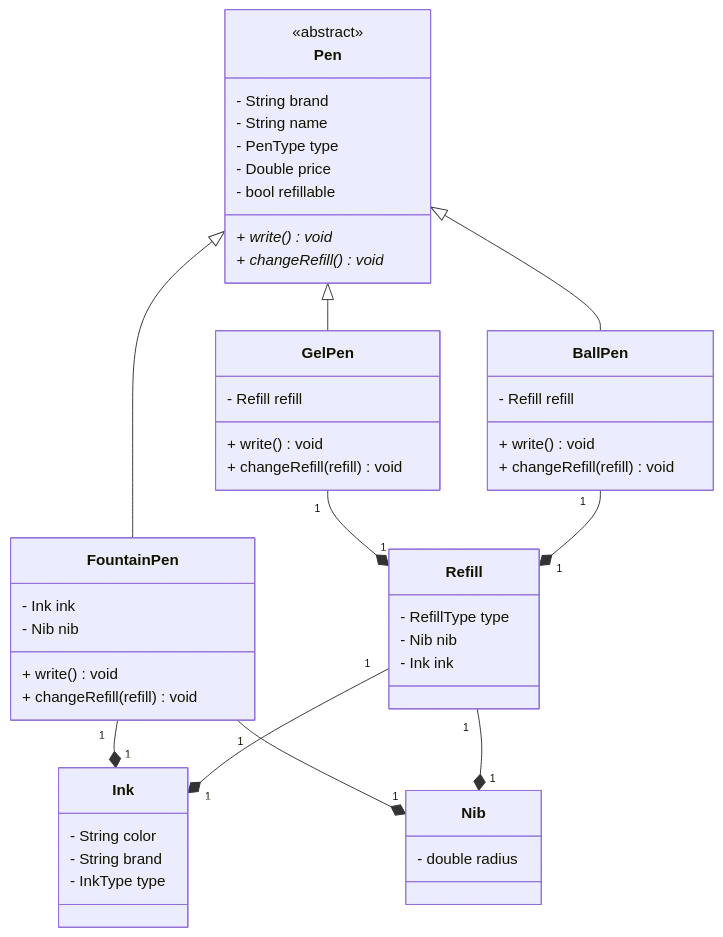
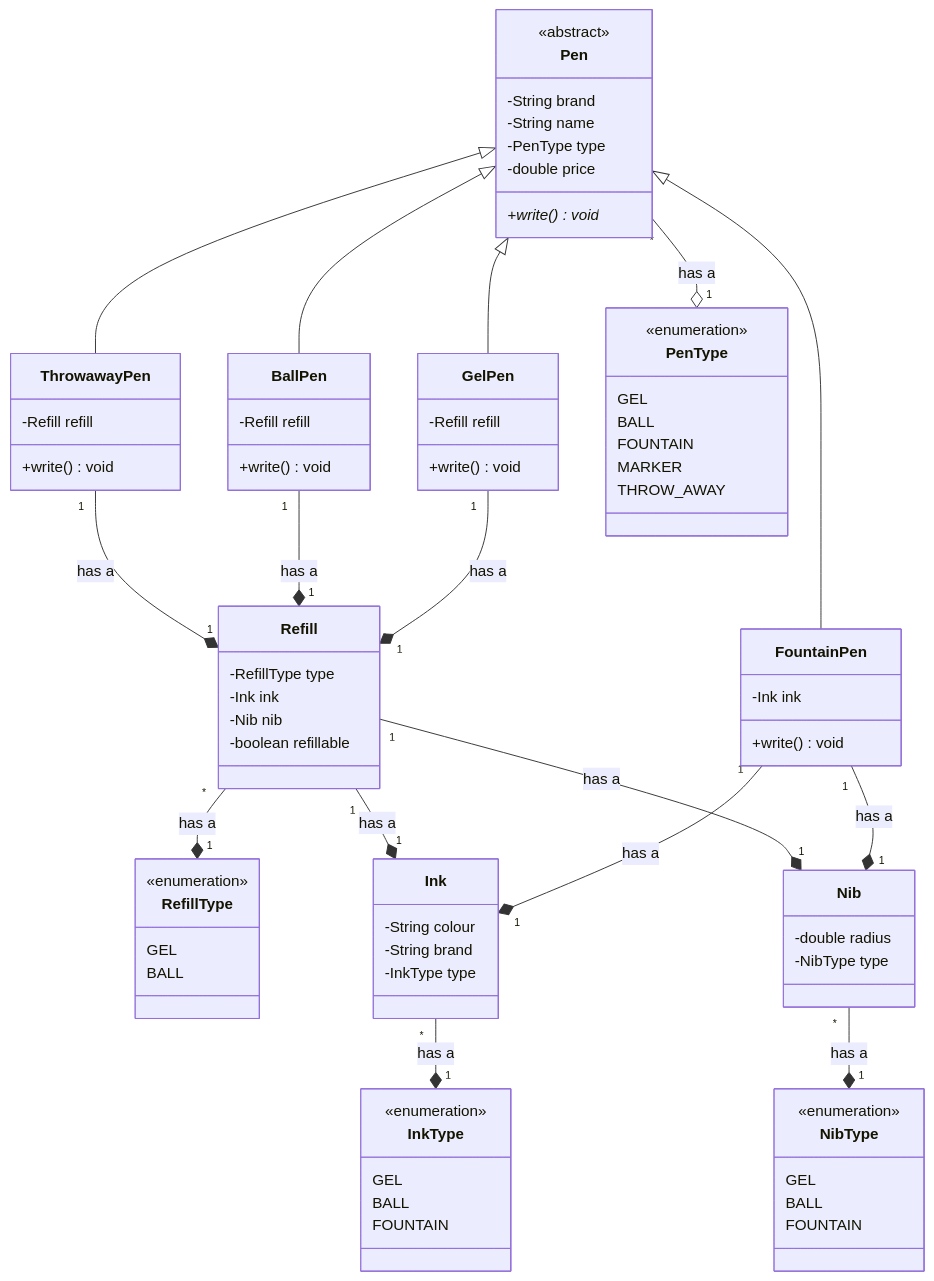
Before and after one commit to akashfit2max/low.level.design: the second of 5 diagrams in src/main/java/com/akash/low/level/design/case_studies/pen/pen.md, drawn with Mermaid. The commit also changed other lines of this file and 10 other files, not shown here.

````diff
--- a/src/main/java/com/akash/low/level/design/case_studies/pen/pen.md
+++ b/src/main/java/com/akash/low/level/design/case_studies/pen/pen.md
@@ -161,57 +205,101 @@
 classDiagram
     class Pen {
         <<abstract>>
-        - String brand
-        - String name
-        - PenType type
-        - Double price
-        - bool refillable
-        + write()* void
-        + changeRefill()* void
+        -String brand
+        -String name
+        -PenType type
+        -double price
+        +write()* void
     }
 
     class GelPen {
-        - Refill refill
-        + write() void
-        + changeRefill(refill) void
+        -Refill refill
+        +write() void
     }
 
     class BallPen {
-        - Refill refill
-        + write() void
-        + changeRefill(refill) void
+        -Refill refill
+        +write() void
     }
 
     class FountainPen {
-        - Ink ink
-        - Nib nib
-        + write() void
-        + changeRefill(refill) void
+        -Ink ink
+        +write() void
+    }
+
+    class ThrowawayPen {
+        -Refill refill
+        +write() void
+    }
+
+    class PenType {
+        <<enumeration>>
+        GEL
+        BALL
+        FOUNTAIN
+        MARKER
+        THROW_AWAY
     }
 
     class Refill {
-        - RefillType type
-        - Nib nib
-        - Ink ink
+        -RefillType type
+        -Ink ink
+        -Nib nib
+        -boolean refillable
+    }
+
+    class RefillType {
+        <<enumeration>>
+        GEL
+        BALL
+    }
+
+    class Ink {
+        -String colour
+        -String brand
+        -InkType type
+    }
+
+    class InkType {
+        <<enumeration>>
+        GEL
+        BALL
+        FOUNTAIN
     }
 
     class Nib {
-        - double radius
+        -double radius
+        -NibType type
     }
 
-    class Ink {
-        - String color
-        - String brand
-        - InkType type
+    class NibType {
+        <<enumeration>>
+        GEL
+        BALL
+        FOUNTAIN
     }
+
+    Pen "*" --o  "1" PenType : has a
+
 
     Pen <|-- GelPen
     Pen <|-- BallPen
     Pen <|-- FountainPen
-    GelPen "1" --* "1" Refill
-    BallPen "1" --* "1" Refill
-    FountainPen "1" --* "1" Ink
-    FountainPen "1" --* "1" Nib
-    Refill "1" --* "1" Ink
-    Refill "1" --* "1" Nib
+    Pen <|-- ThrowawayPen
+
+    GelPen "1" --* "1" Refill : has a
+    BallPen "1" --* "1" Refill : has a
+    ThrowawayPen "1" --* "1" Refill : has a
+
+    FountainPen "1" --* "1" Ink : has a
+    FountainPen "1" --* "1" Nib : has a
+
+    Refill "*" --* "1" RefillType : has a
+    Refill "1" --* "1" Ink : has a
+    Refill "1" --* "1" Nib : has a
+
+    Ink "*" --* "1" InkType : has a
+
+    Nib "*" --* "1" NibType : has a
+
 ```
````
